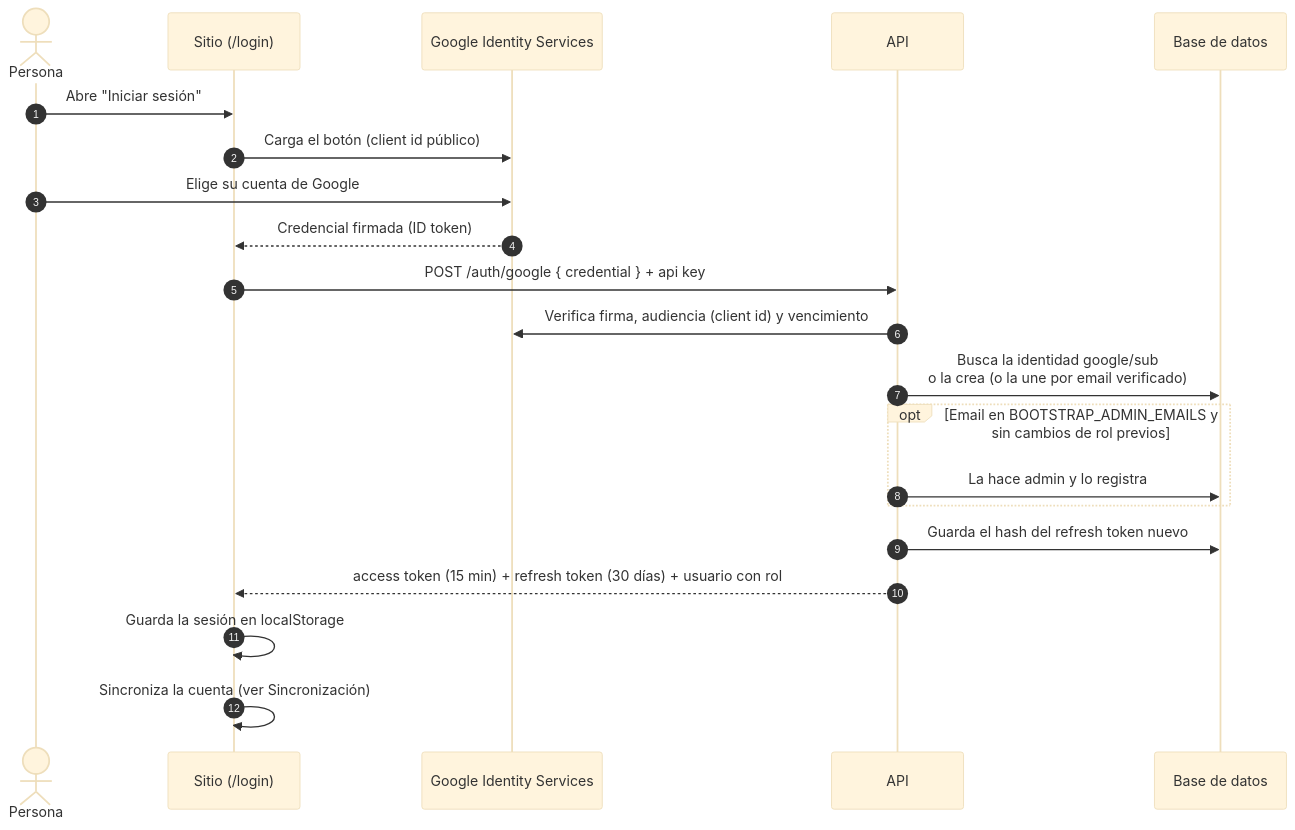
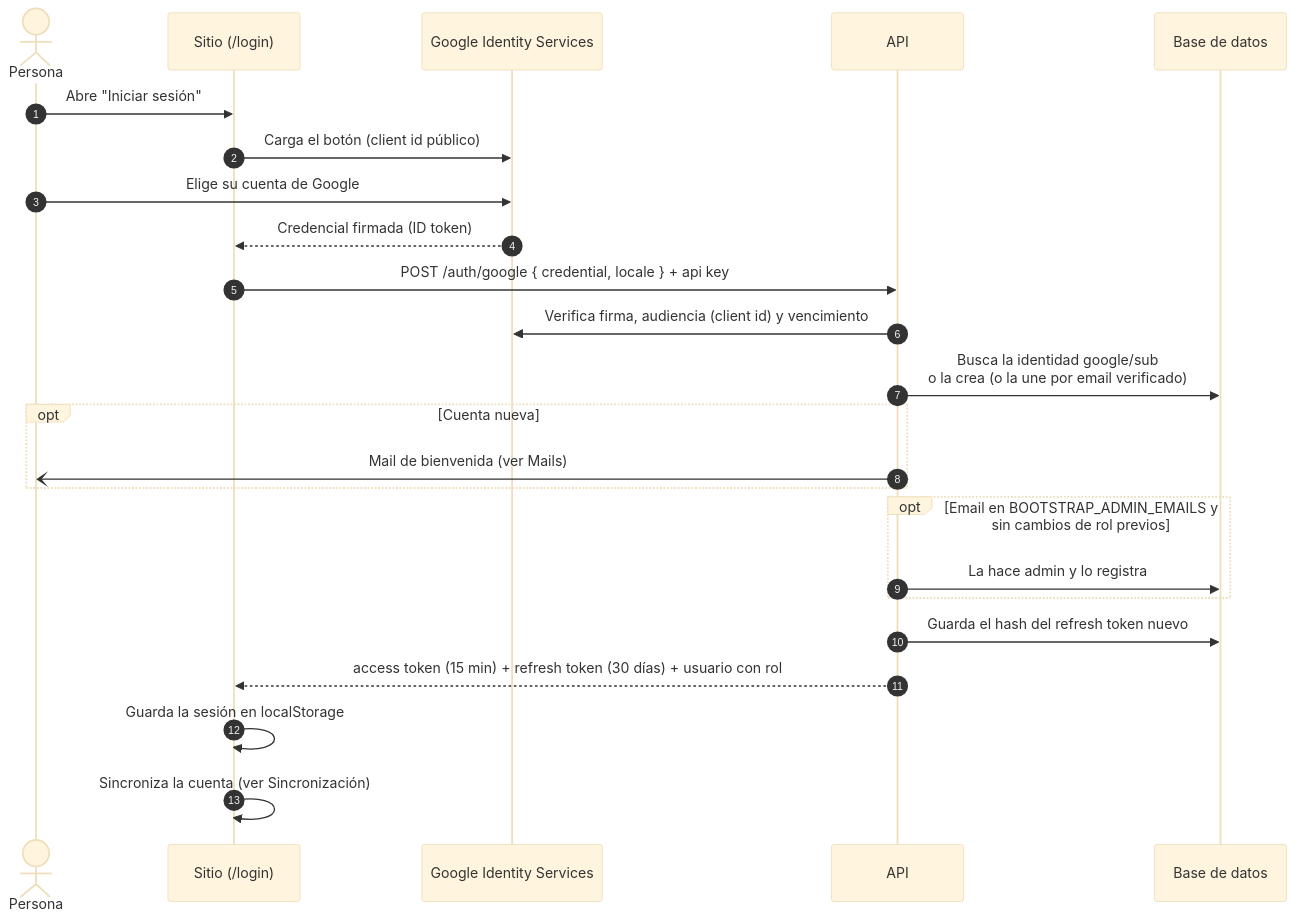
The diagram in src/content/docs/como-funciona/inicio-de-sesion.md (inzumer/milimon-docs), drawn with Mermaid (base theme) before and after one commit. The commit also changed other lines of this file and 2 other files, not shown here.

Commit message:
docs: transactional emails page and email steps in sign-in and account deletion flows

````diff
--- a/src/content/docs/como-funciona/inicio-de-sesion.md
+++ b/src/content/docs/como-funciona/inicio-de-sesion.md
@@ -13,24 +13,27 @@
 ```mermaid
 sequenceDiagram
   autonumber
   actor P as Persona
   participant S as Sitio (/login)
   participant G as Google Identity Services
   participant A as API
   participant D as Base de datos
 
   P->>S: Abre "Iniciar sesión"
   S->>G: Carga el botón (client id público)
   P->>G: Elige su cuenta de Google
   G-->>S: Credencial firmada (ID token)
-  S->>A: POST /auth/google { credential } + api key
+  S->>A: POST /auth/google { credential, locale } + api key
   A->>G: Verifica firma, audiencia (client id) y vencimiento
   A->>D: Busca la identidad google/sub<br/>o la crea (o la une por email verificado)
+  opt Cuenta nueva
+    A-)P: Mail de bienvenida (ver Mails)
+  end
   opt Email en BOOTSTRAP_ADMIN_EMAILS y sin cambios de rol previos
     A->>D: La hace admin y lo registra
   end
   A->>D: Guarda el hash del refresh token nuevo
   A-->>S: access token (15 min) + refresh token (30 días) + usuario con rol
   S->>S: Guarda la sesión en localStorage
   S->>S: Sincroniza la cuenta (ver Sincronización)
 ```
````
